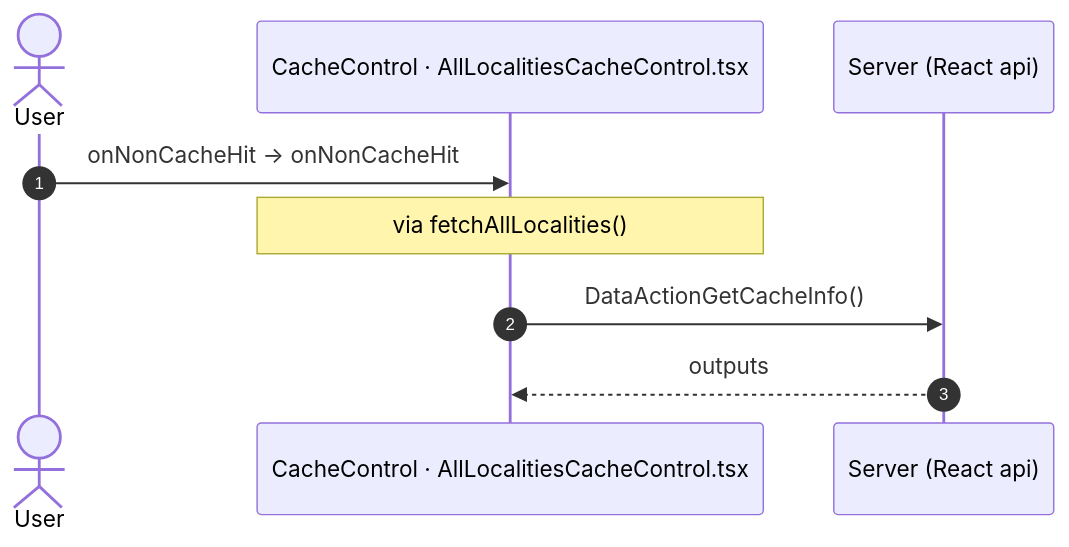
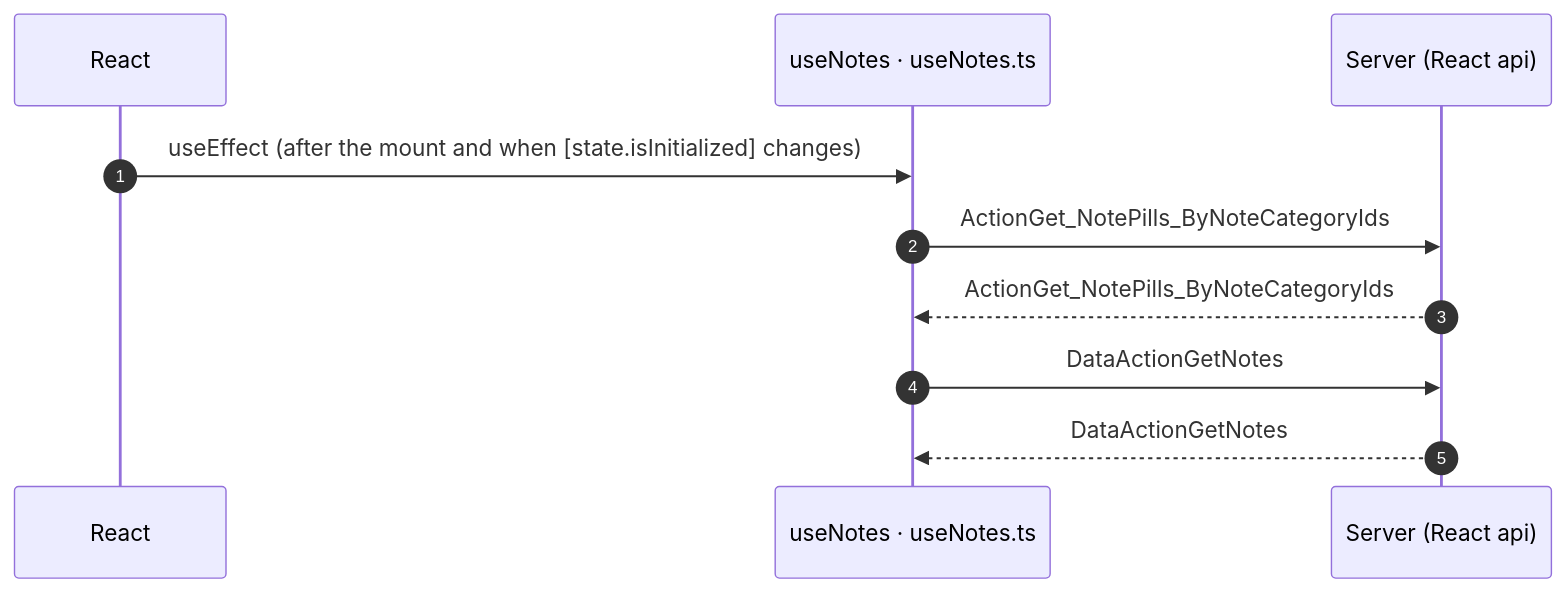
The tenth of 10 diagrams in route-actions/routes/Notes.md (Phoenix-DX/connect-new-ui), drawn with Mermaid before and after one commit. The commit also changed other lines of this file and 52 other files, not shown here.

````diff
--- a/route-actions/routes/Notes.md
+++ b/route-actions/routes/Notes.md
@@ -567,11 +351,12 @@
 ```mermaid
 sequenceDiagram
   autonumber
-  actor U as User
-  participant H as CacheControl · AllLocalitiesCacheControl.tsx
+  participant R as React
+  participant H as useNotes · useNotes.ts
   participant A as Server (React api)
-  U->>H: onNonCacheHit → onNonCacheHit
-  Note over H: via fetchAllLocalities()
-  H->>A: DataActionGetCacheInfo()
-  A-->>H: outputs
+  R->>H: useEffect (after the mount and when [state.isInitialized] changes)
+  H->>A: ActionGet_NotePills_ByNoteCategoryIds
+  A-->>H: ActionGet_NotePills_ByNoteCategoryIds
+  H->>A: DataActionGetNotes
+  A-->>H: DataActionGetNotes
 ```
````
